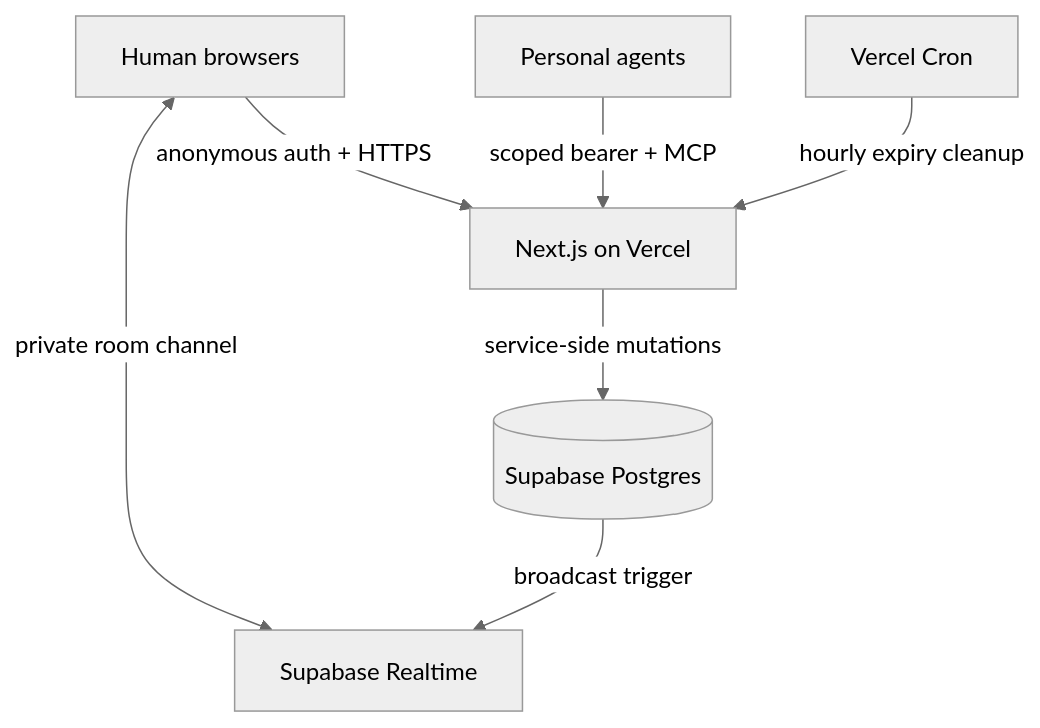
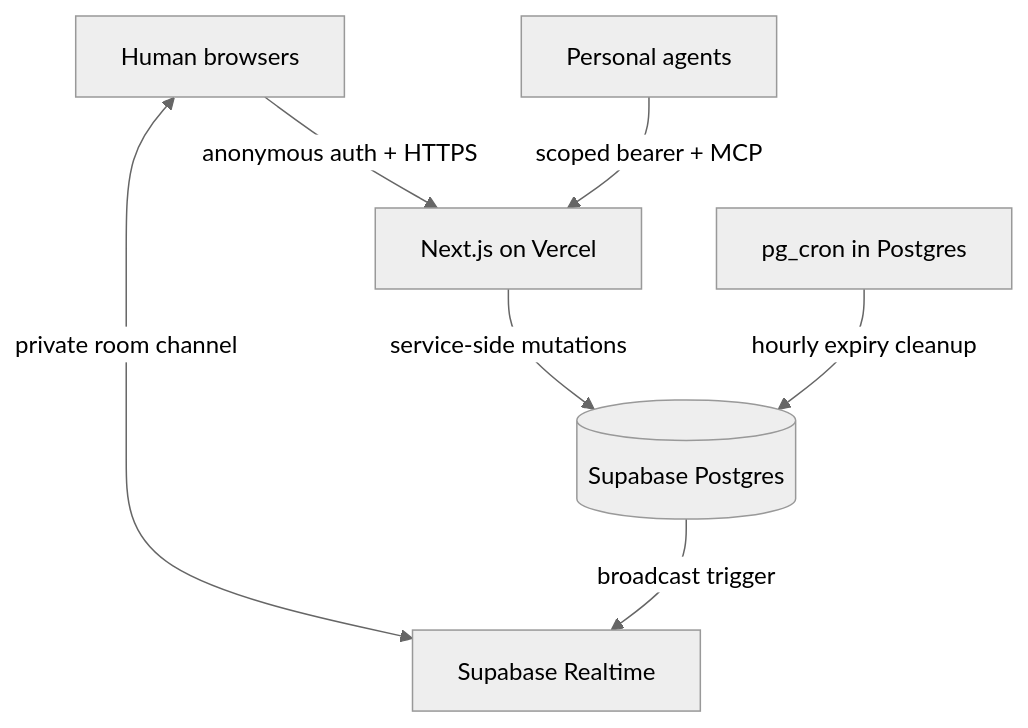
The diagram in README.md (SUTD-AI-Interest-Group/Human-Agent-Chatroom-MCP), drawn with Mermaid (neutral theme) before and after one commit. The commit also changed other lines of this file and 4 other files, not shown here.

````diff
--- a/README.md
+++ b/README.md
@@ -24,9 +24,9 @@
 ```mermaid
 flowchart TD
   H[Human browsers] -->|anonymous auth + HTTPS| N[Next.js on Vercel]
   A[Personal agents] -->|scoped bearer + MCP| N
   N -->|service-side mutations| P[(Supabase Postgres)]
   H <-->|private room channel| R[Supabase Realtime]
   P -->|broadcast trigger| R
-  C[Vercel Cron] -->|hourly expiry cleanup| N
+  C[pg_cron in Postgres] -->|hourly expiry cleanup| P
 ```
````
